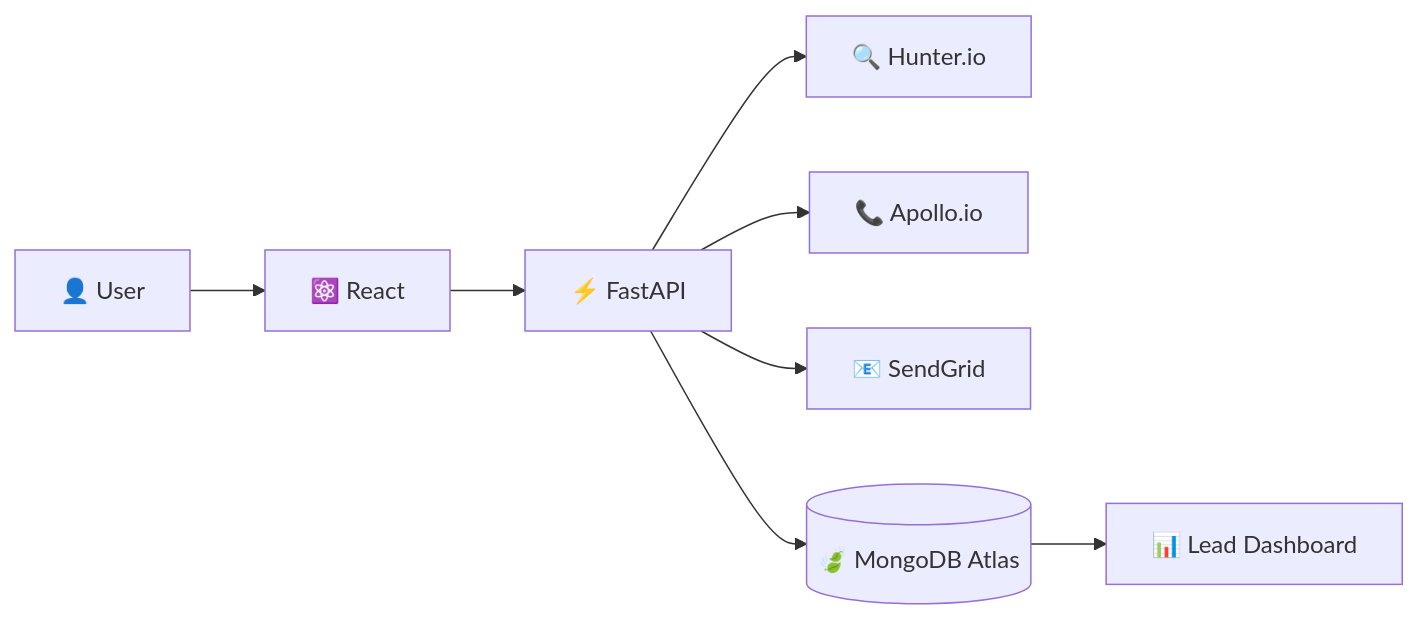
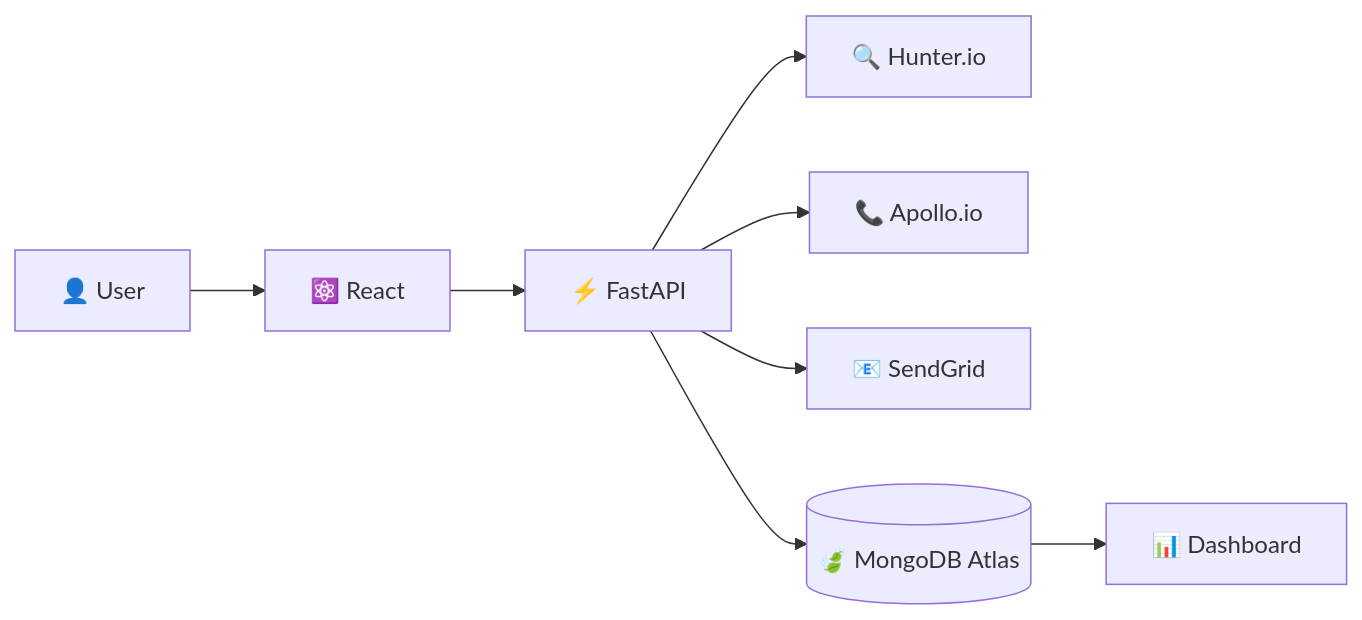
One commit to sakshi-harikant/LeadGeneration changed the diagram in README.md. Above: the diagram before and after it, drawn with Mermaid. The commit also changed other lines of this file, not shown here.

````diff
--- a/README.md
+++ b/README.md
@@ -119,14 +73,14 @@
 ```mermaid
 flowchart LR
 
     U[👤 User] --> F[⚛️ React]
     F --> B[⚡ FastAPI]
 
     B --> H[🔍 Hunter.io]
     B --> A[📞 Apollo.io]
     B --> S[📧 SendGrid]
 
     B --> M[(🍃 MongoDB Atlas)]
 
-    M --> D[📊 Lead Dashboard]
+    M --> D[📊 Dashboard]
 ```
````
